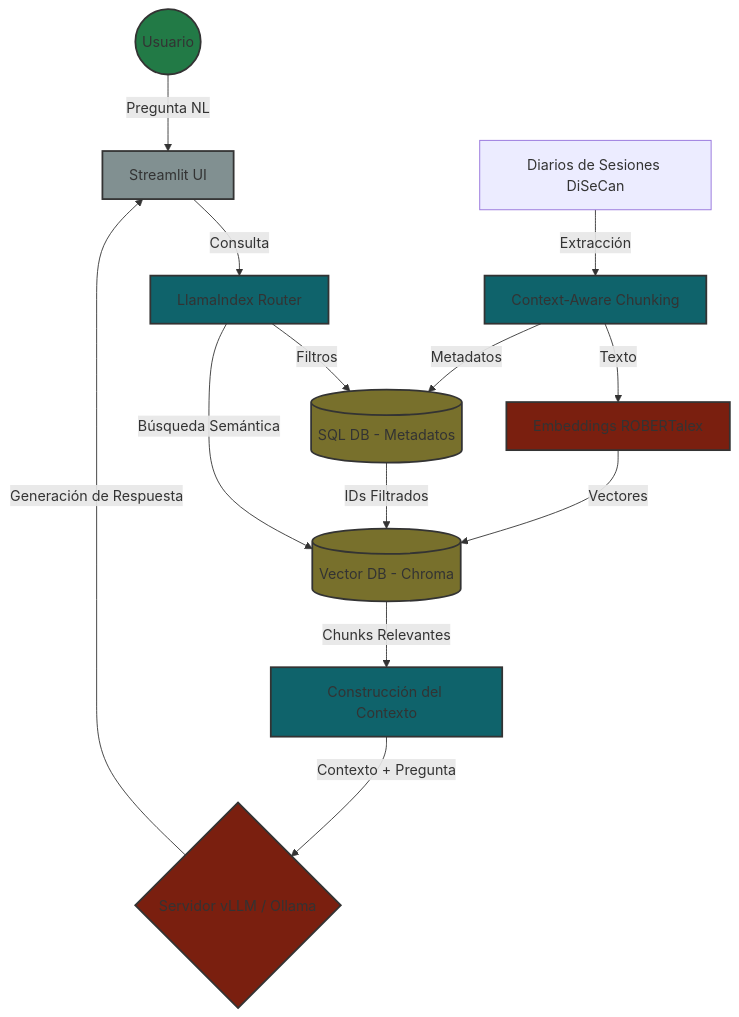
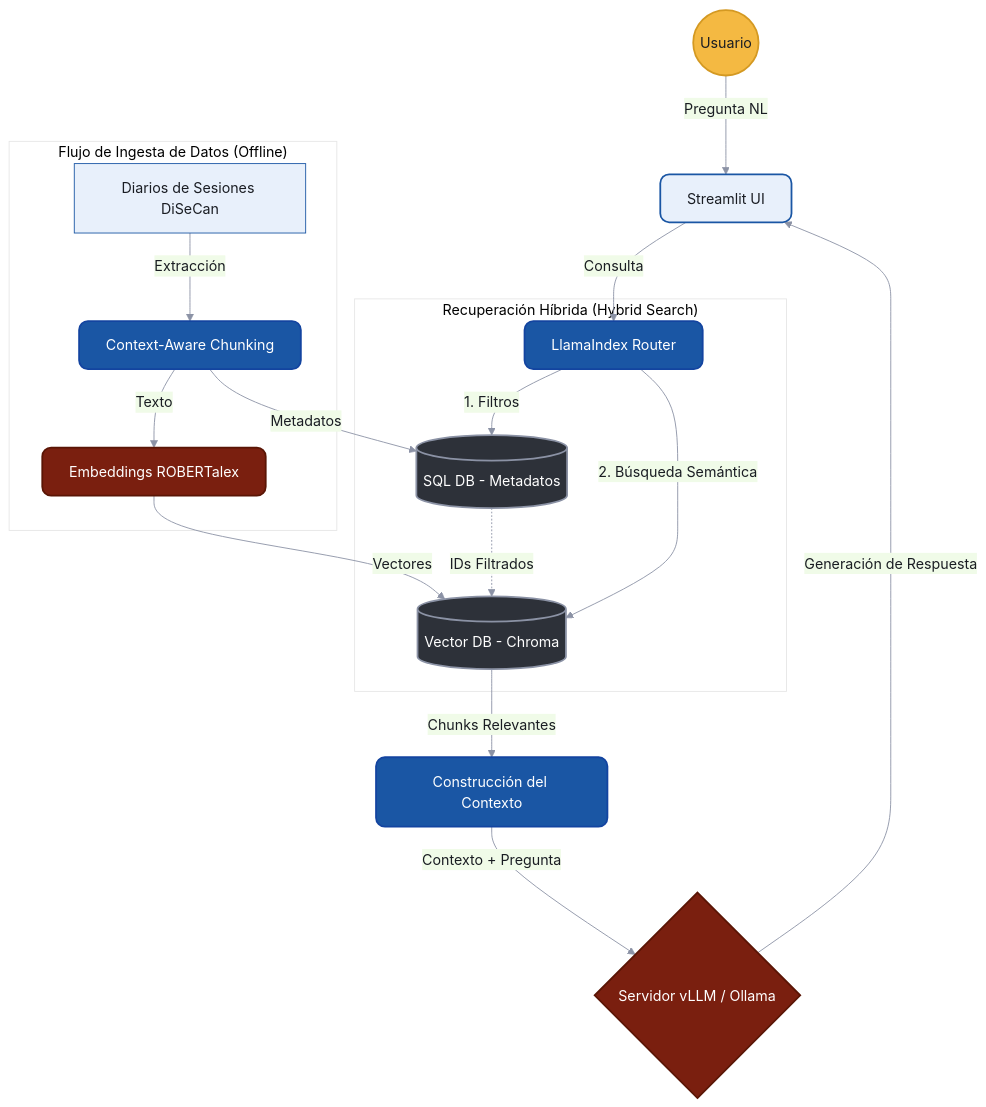
Before and after one commit to DavidSMtl/TFT_RAG_DISECAN: the diagram in docs/design/architecture_diagram.md, drawn with Mermaid. The commit also changed 3 other files, not shown here.

Commit message:
docs: added diagram information

````diff
--- a/docs/design/architecture_diagram.md
+++ b/docs/design/architecture_diagram.md
@@ -1,29 +1,45 @@
 ```mermaid
+%%{
+  init: {
+    'theme': 'base',
+    'themeVariables': {
+      'primaryColor': '#e8f0fb',
+      'primaryTextColor': '#1a1d23',
+      'primaryBorderColor': '#1a56a4',
+      'lineColor': '#8b92a5',
+      'tertiaryColor': '#fff'
+    }
+  }
+}%%
 graph TD
-    %% Definición de Estilos
-    classDef usuario fill:#227a46,stroke:#333,stroke-width:2px;
-    classDef frontend fill:#819091,stroke:#333,stroke-width:2px;
-    classDef orquestador fill:#0f636b,stroke:#333,stroke-width:2px;
-    classDef bd fill:#78702c,stroke:#333,stroke-width:2px;
-    classDef llm fill:#7a1f0f,stroke:#333,stroke-width:2px;
+    classDef usuario fill:#f4b942,stroke:#d49922,stroke-width:2px,color:#1a1d23,rx:50,ry:50;
+    classDef frontend fill:#e8f0fb,stroke:#1a56a4,stroke-width:2px,color:#1a1d23,rx:10,ry:10;
+    classDef orquestador fill:#1a56a4,stroke:#1344a0,stroke-width:2px,color:#fff,rx:10,ry:10;
+    classDef bd fill:#2d3139,stroke:#8b92a5,stroke-width:2px,color:#fff,rx:10,ry:10;
+    classDef llm fill:#7a1f0f,stroke:#5a1505,stroke-width:2px,color:#fff,rx:10,ry:10;
 
     %% Flujo del Usuario (Online)
     User((Usuario)):::usuario -->|Pregunta NL| UI[Streamlit UI]:::frontend
     UI -->|Consulta| LlamaIndex[LlamaIndex Router]:::orquestador
     
     %% Recuperación Híbrida
-    LlamaIndex -->|Filtros| SQLDB[(SQL DB - Metadatos)]:::bd
-    LlamaIndex -->|Búsqueda Semántica| VecDB[(Vector DB - Chroma)]:::bd
-    SQLDB -->|IDs Filtrados| VecDB
+    subgraph Recuperación["Recuperación Híbrida (Hybrid Search)"]
+        LlamaIndex -->|1. Filtros| SQLDB[(SQL DB - Metadatos)]:::bd
+        LlamaIndex -->|2. Búsqueda Semántica| VecDB[(Vector DB - Chroma)]:::bd
+        SQLDB -.->|IDs Filtrados| VecDB
+    end
+
     VecDB -->|Chunks Relevantes| Prompt[Construcción del Contexto]:::orquestador
     
     %% Generación
     Prompt -->|Contexto + Pregunta| vLLM{Servidor vLLM / Ollama}:::llm
     vLLM -->|Generación de Respuesta| UI
     
     %% Flujo de Ingesta (Offline)
-    Actas[Diarios de Sesiones DiSeCan] -->|Extracción| Chunking[Context-Aware Chunking]:::orquestador
-    Chunking -->|Texto| Embeddings[Embeddings ROBERTalex]:::llm
-    Chunking -->|Metadatos| SQLDB
-    Embeddings -->|Vectores| VecDB
+    subgraph Ingesta["Flujo de Ingesta de Datos (Offline)"]
+        Actas[Diarios de Sesiones DiSeCan] -->|Extracción| Chunking[Context-Aware Chunking]:::orquestador
+        Chunking -->|Texto| Embeddings[Embeddings ROBERTalex]:::llm
+        Chunking -->|Metadatos| SQLDB
+        Embeddings -->|Vectores| VecDB
+    end
 ```
````
